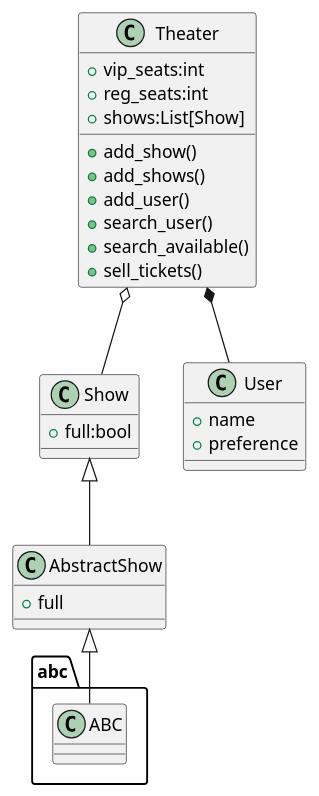
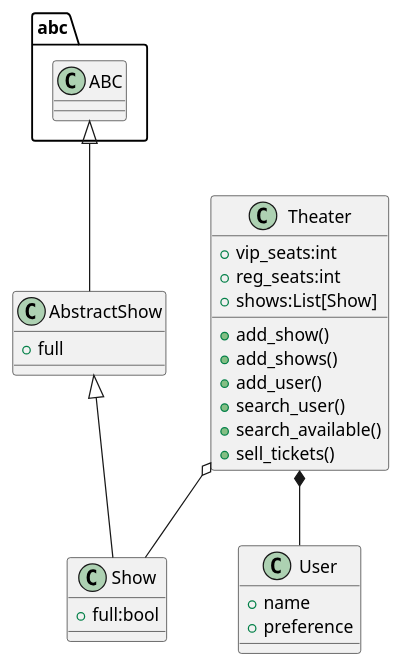
Before and after one commit to davidmosquera03/oop_secondpartialexam: the diagram in UML.puml, drawn with PlantUML.

```diff
--- a/UML.puml
+++ b/UML.puml
@@ -1,27 +1,27 @@
 @startuml
 class Show{
 +full:bool
 }
 class User{
 +name
 +preference
 }
 class AbstractShow{
 +full
 }
 class Theater{
 +vip_seats:int
 +reg_seats:int
 +shows:List[Show]
 +add_show()
 +add_shows()
 +add_user()
 +search_user()
 +search_available()
 +sell_tickets()
 }
 Theater o--Show
 Theater *-- User
-Show <|-- AbstractShow
-AbstractShow <|-- abc.ABC 
+AbstractShow  <|-- Show
+abc.ABC   <|--  AbstractShow
 @endumls
```
